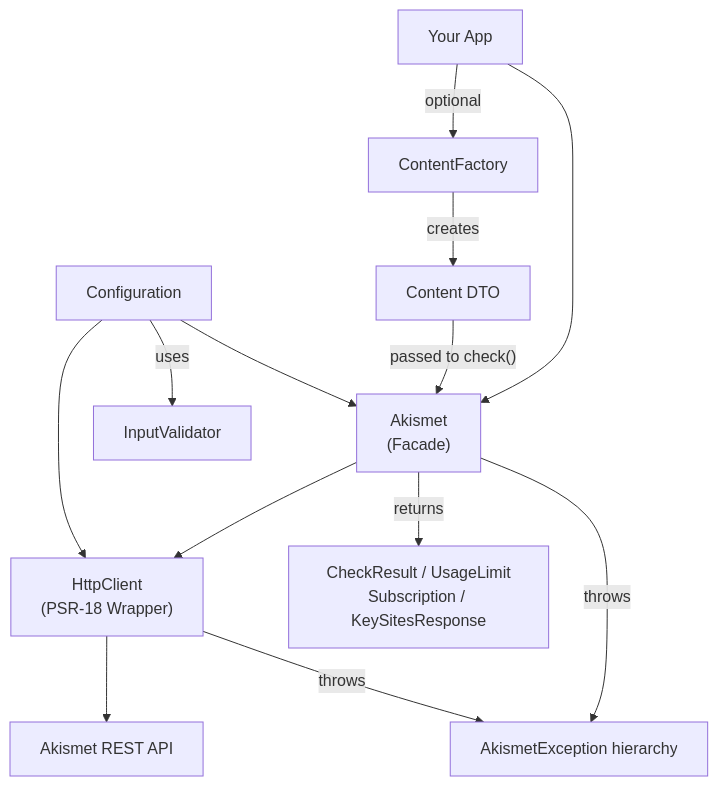
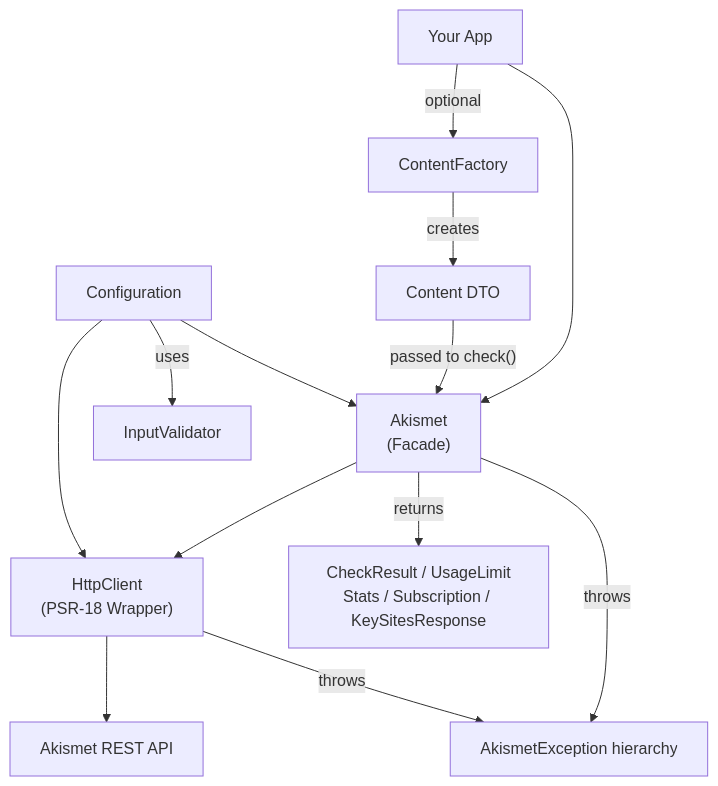
The diagram in CONTRIBUTING.md (Automattic/akismet-sdk-php), drawn with Mermaid before and after one commit. The commit also changed 4 other files, not shown here.

````diff
--- a/CONTRIBUTING.md
+++ b/CONTRIBUTING.md
@@ -66,18 +66,18 @@
 ```mermaid
 flowchart TD
     A[Your App] --> B["Akismet<br/>(Facade)"]
     B --> C["HttpClient<br/>(PSR-18 Wrapper)"]
     C --> D[Akismet REST API]
 
     A -->|optional| E[ContentFactory]
     E -->|creates| F[Content DTO]
     F -->|"passed to check()"| B
-    B -->|returns| G["CheckResult / UsageLimit<br/>Subscription / KeySitesResponse"]
+    B -->|returns| G["CheckResult / UsageLimit<br/>Stats / Subscription / KeySitesResponse"]
 
     H[Configuration] --> B
     H --> C
     H -->|uses| I[InputValidator]
 
     B -->|throws| J[AkismetException hierarchy]
     C -->|throws| J
 ```
````
